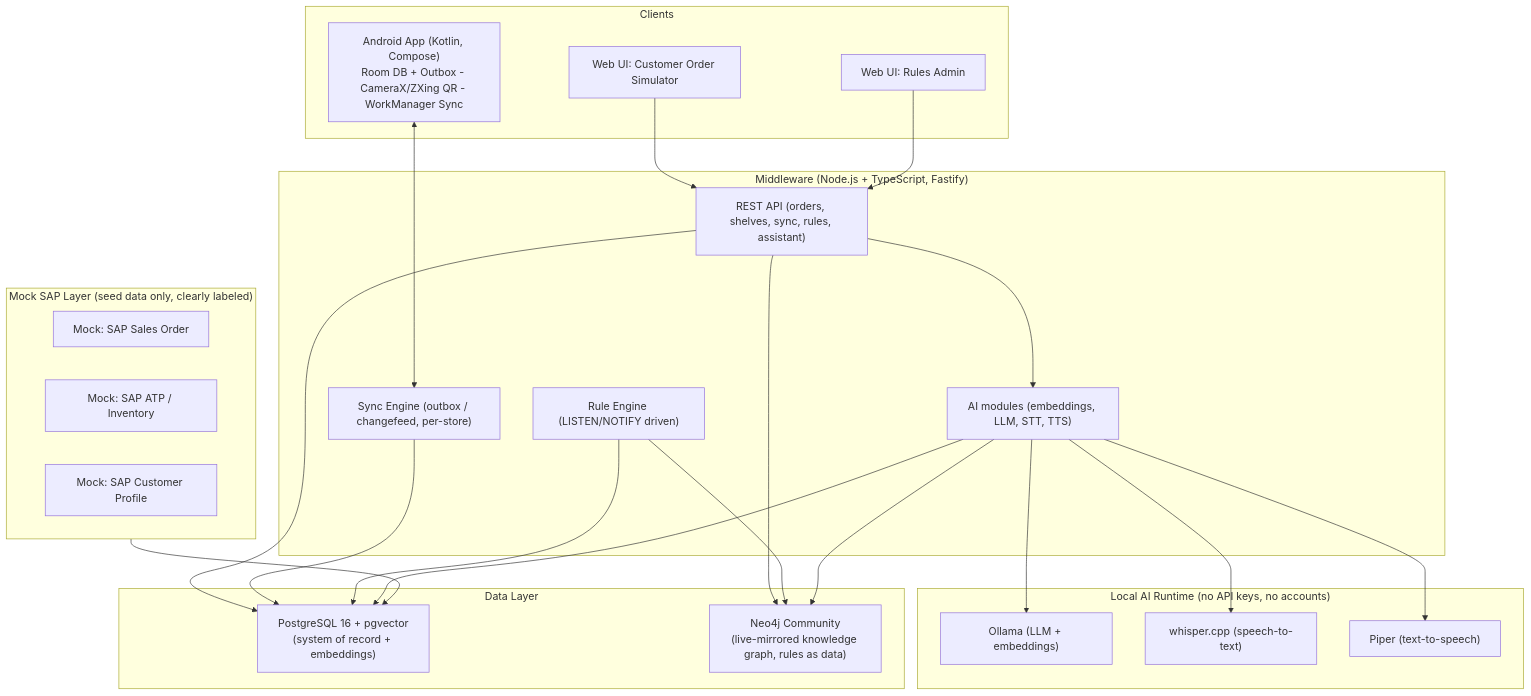
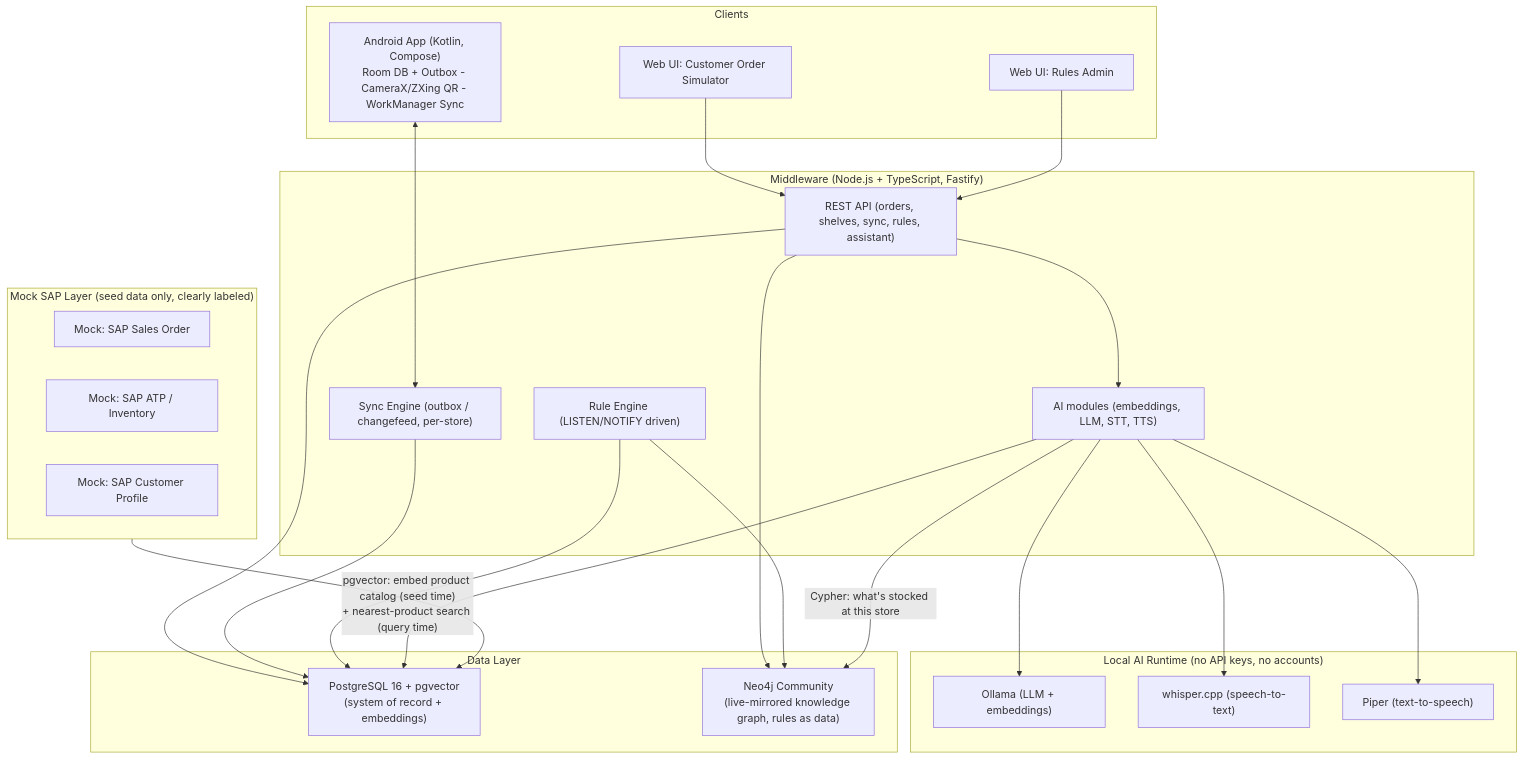
Before and after one commit to chrizmc/store-use-case: the first of 3 diagrams in docs/architecture.md, drawn with Mermaid. The commit also changed other lines of this file and 1 other file, not shown here.

First line of the commit message:
Docs: explain Neo4j-vs-SQL rule rationale, add pgvector query-time mapping diagram, add concrete 1:1 demo walkthrough

````diff
--- a/docs/architecture.md
+++ b/docs/architecture.md
@@ -5,48 +5,48 @@
 ```mermaid
 flowchart TB
     subgraph Mocks["Mock SAP Layer (seed data only, clearly labeled)"]
         M1["Mock: SAP Sales Order"]
         M2["Mock: SAP ATP / Inventory"]
         M3["Mock: SAP Customer Profile"]
     end
 
     subgraph Client["Clients"]
         Android["Android App (Kotlin, Compose)\nRoom DB + Outbox - CameraX/ZXing QR - WorkManager Sync"]
         WebSim["Web UI: Customer Order Simulator"]
         WebRules["Web UI: Rules Admin"]
     end
 
     subgraph Middleware["Middleware (Node.js + TypeScript, Fastify)"]
         API["REST API (orders, shelves, sync, rules, assistant)"]
         SyncEngine["Sync Engine (outbox / changefeed, per-store)"]
         RuleEngine["Rule Engine (LISTEN/NOTIFY driven)"]
         AIService["AI modules (embeddings, LLM, STT, TTS)"]
     end
 
     subgraph Data["Data Layer"]
         PG["PostgreSQL 16 + pgvector\n(system of record + embeddings)"]
         Neo["Neo4j Community\n(live-mirrored knowledge graph, rules as data)"]
     end
 
     subgraph AI["Local AI Runtime (no API keys, no accounts)"]
         Ollama["Ollama (LLM + embeddings)"]
         Whisper["whisper.cpp (speech-to-text)"]
         Piper["Piper (text-to-speech)"]
     end
 
     Mocks --> PG
     Android <--> SyncEngine
     WebSim --> API
     WebRules --> API
     API --> PG
     API --> Neo
     SyncEngine --> PG
     RuleEngine --> PG
     RuleEngine --> Neo
     AIService --> Ollama
     AIService --> Whisper
     AIService --> Piper
-    AIService --> PG
-    AIService --> Neo
+    AIService -->|"pgvector: embed product catalog (seed time)\n+ nearest-product search (query time)"| PG
+    AIService -->|"Cypher: what's stocked at this store"| Neo
     API --> AIService
 ```
````
